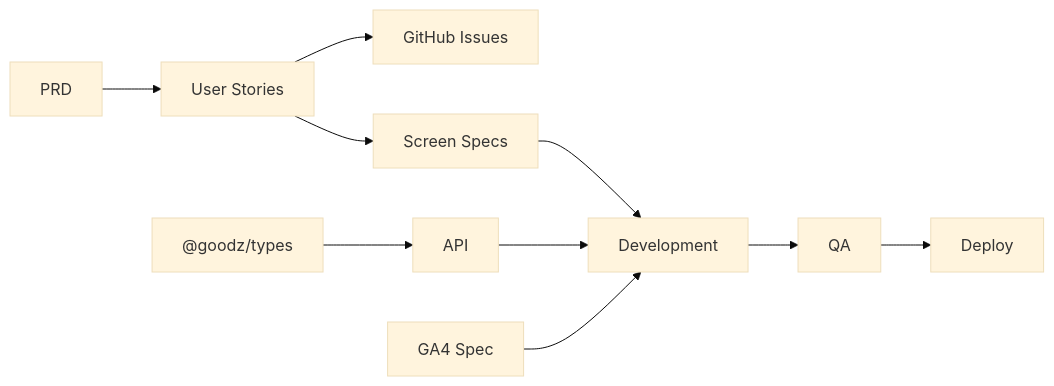
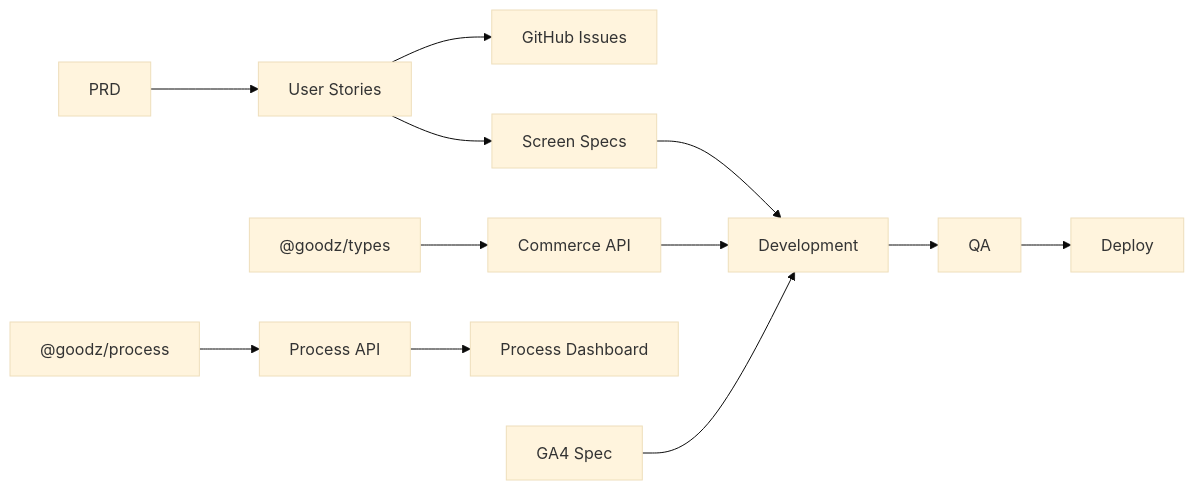
One commit to dayainow/goodz changed the diagram in docs/01-planning/ROADMAP.md. Above: the diagram before and after it, drawn with Mermaid (base theme). The commit also changed other lines of this file and 41 other files, not shown here.

````diff
--- a/docs/01-planning/ROADMAP.md
+++ b/docs/01-planning/ROADMAP.md
@@ -280,12 +293,14 @@
 ```mermaid
 flowchart LR
   PRD --> US[User Stories]
   US --> Issues[GitHub Issues]
   US --> Screens[Screen Specs]
   Screens --> Dev[Development]
-  Types["@goodz/types"] --> API
-  API --> Dev
+  Process["@goodz/process"] --> ProcessAPI[Process API]
+  Commerce["@goodz/types"] --> CommerceAPI[Commerce API]
+  ProcessAPI --> Console[Process Dashboard]
+  CommerceAPI --> Dev
   Dev --> QA
   GA4[GA4 Spec] --> Dev
   QA --> Deploy
 ```
````
